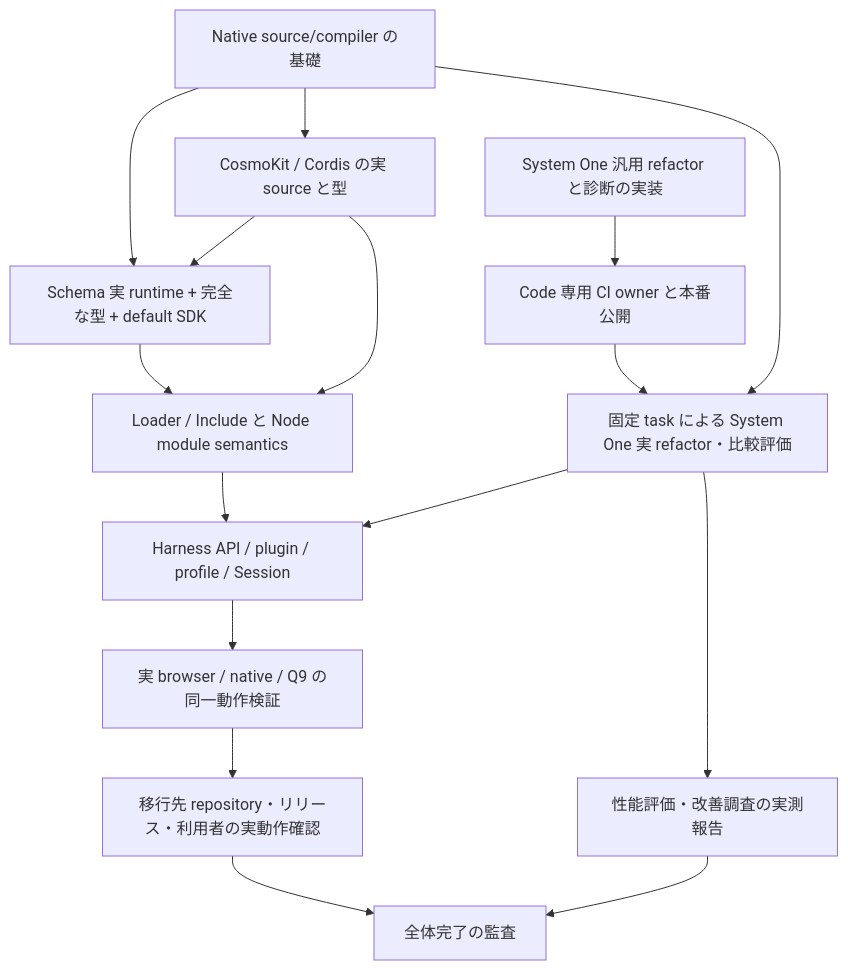
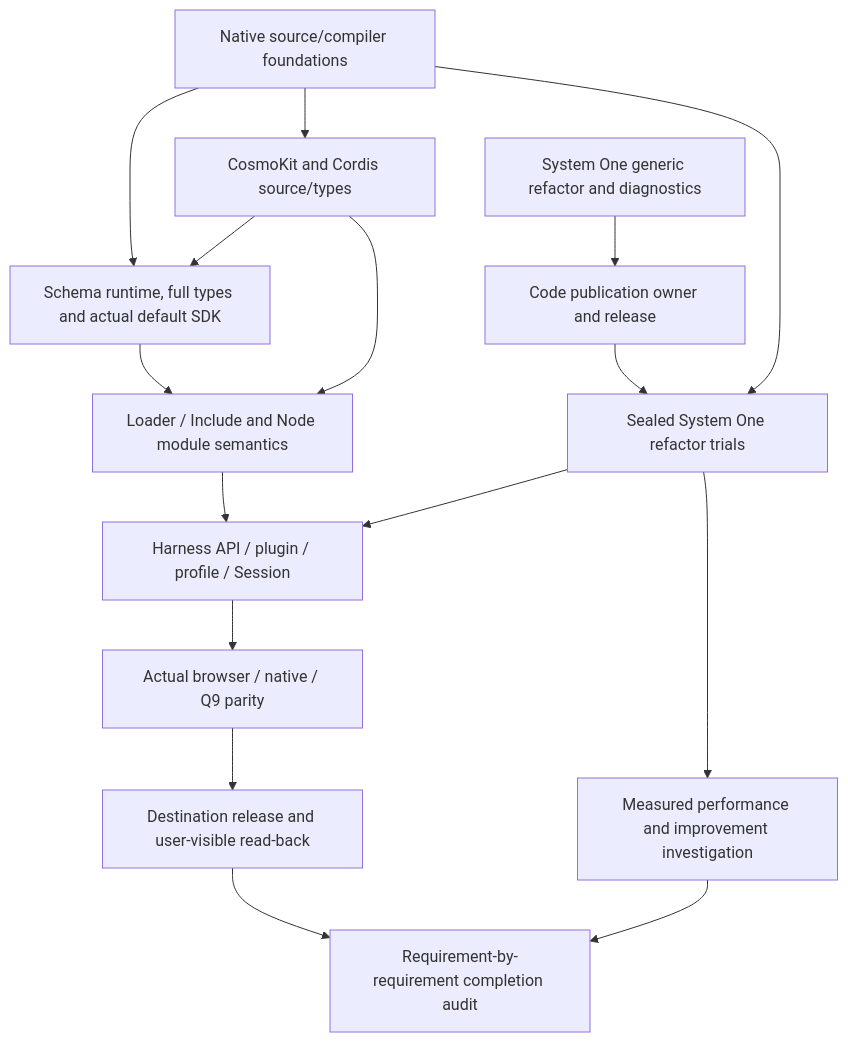
One commit to mithril-lang/mithril changed the diagram in docs/harness-refactor-continuation-2026-10-09.md. Above: the diagram before and after it, drawn with Mermaid. The commit also changed other lines of this file and 6 other files, not shown here.

Commit message:
feat(native-js): qualify native module metadata and dynamic imports

````diff
--- a/docs/harness-refactor-continuation-2026-10-09.md
+++ b/docs/harness-refactor-continuation-2026-10-09.md
@@ -34,18 +40,18 @@
 ```mermaid
 flowchart TD
-  A[Native source/compiler の基礎] --> B[CosmoKit / Cordis の実 source と型]
-  A --> S[Schema 実 runtime + 完全な型 + default SDK]
+  A[Native source/compiler foundations] --> B[CosmoKit and Cordis source/types]
+  A --> S[Schema runtime, full types and actual default SDK]
   B --> S
-  S --> L[Loader / Include と Node module semantics]
+  S --> L[Loader / Include and Node module semantics]
   B --> L
   L --> H[Harness API / plugin / profile / Session]
-  H --> Q[実 browser / native / Q9 の同一動作検証]
-  Q --> P[移行先 repository・リリース・利用者の実動作確認]
-  C[System One 汎用 refactor と診断の実装] --> D[Code 専用 CI owner と本番公開]
-  D --> E[固定 task による System One 実 refactor・比較評価]
+  H --> Q[Actual browser / native / Q9 parity]
+  Q --> P[Destination release and user-visible read-back]
+  C[System One generic refactor and diagnostics] --> D[Code publication owner and release]
+  D --> E[Sealed System One refactor trials]
   A --> E
   E --> H
-  E --> F[性能評価・改善調査の実測報告]
-  P --> Z[全体完了の監査]
+  E --> F[Measured performance and improvement investigation]
+  P --> Z[Requirement-by-requirement completion audit]
   F --> Z
 ```
````
